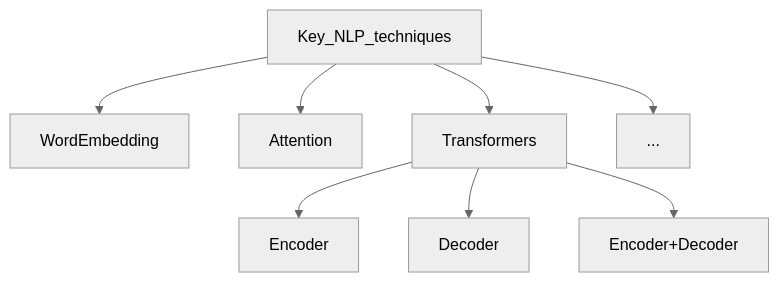
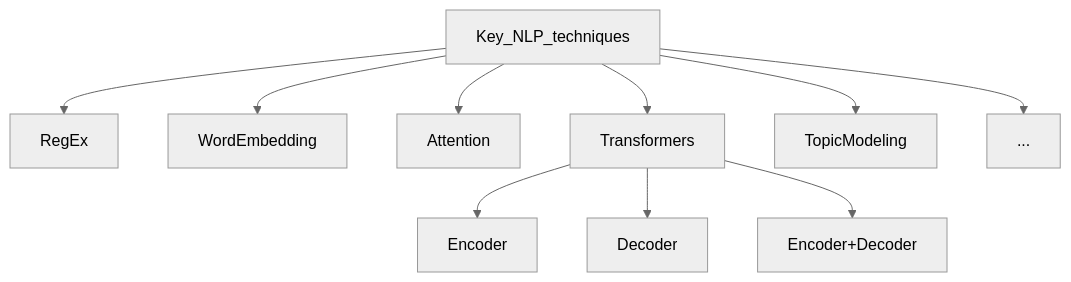
One commit to Yuliya-HV/nlp-core changed the first of 2 diagrams in README.md. Above: the diagram before and after it, drawn with Mermaid (neutral theme). The commit also changed other lines of this file, not shown here.

````diff
--- a/README.md
+++ b/README.md
@@ -6,10 +6,12 @@
 ```mermaid
   graph TD;
+  Key_NLP_techniques-->RegEx;
   Key_NLP_techniques-->WordEmbedding;
   Key_NLP_techniques-->Attention;
   Key_NLP_techniques-->Transformers;
   Transformers-->Encoder;
   Transformers-->Decoder;
   Transformers-->Encoder+Decoder;
+  Key_NLP_techniques-->TopicModeling;
   Key_NLP_techniques-->...;
 ```
````
